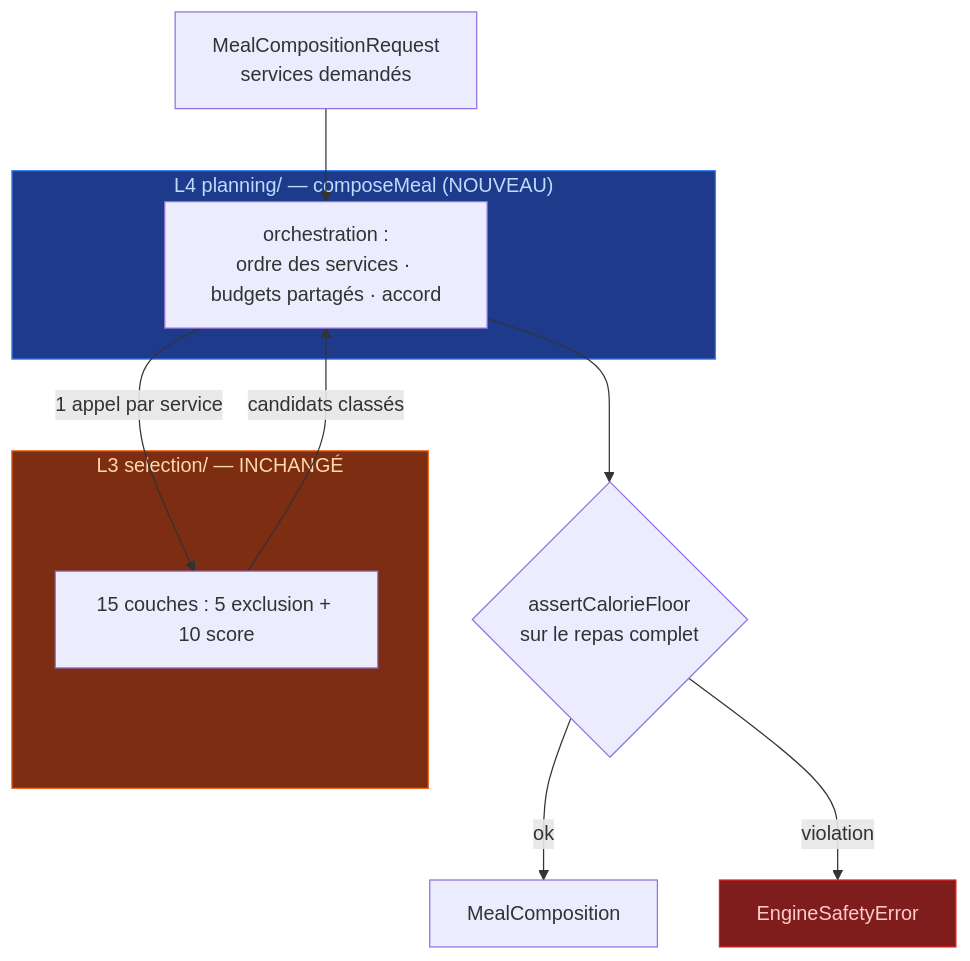
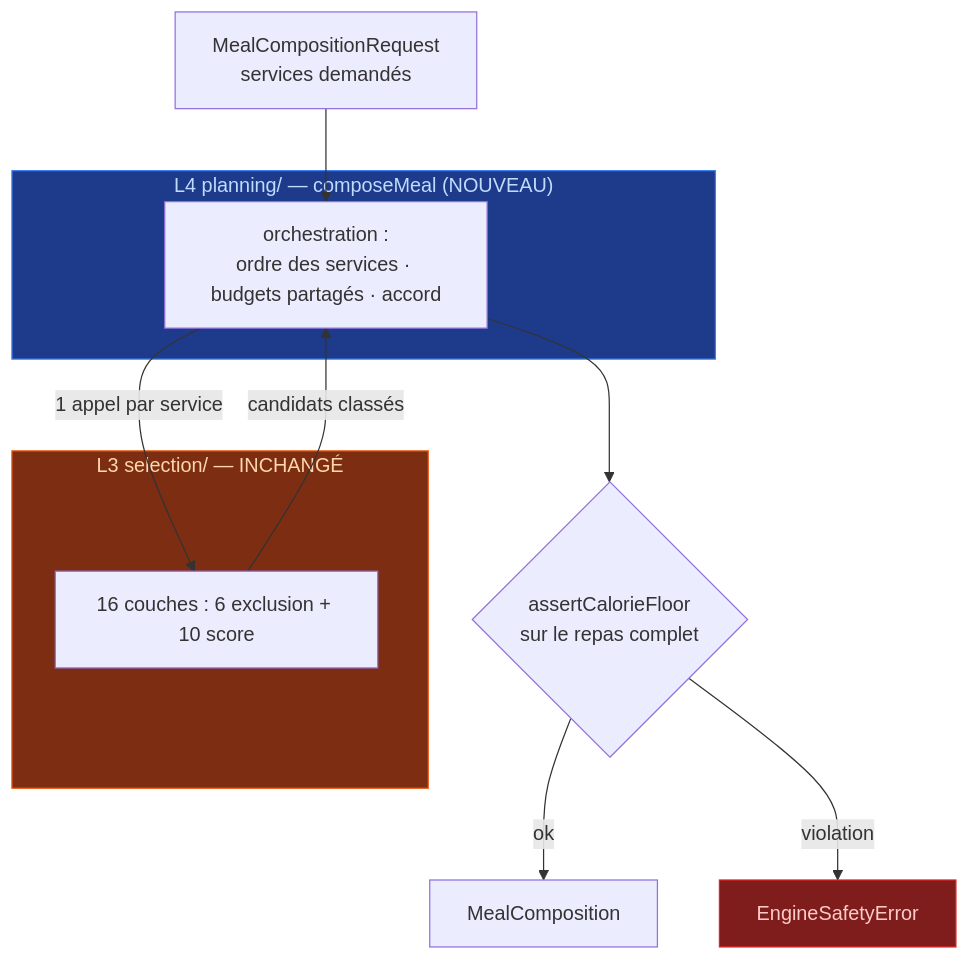
One commit to poubellebellesse-dev/appli_nutrition changed the diagram in docs/CONCEPTION_B_VIN_REPAS.md. Above: the diagram before and after it, drawn with Mermaid. The commit also changed other lines of this file and 4 other files, not shown here.

````diff
--- a/docs/CONCEPTION_B_VIN_REPAS.md
+++ b/docs/CONCEPTION_B_VIN_REPAS.md
@@ -204,23 +205,23 @@
 ```mermaid
 flowchart TB
     REQ["MealCompositionRequest<br/>services demandés"] --> C
 
     subgraph L4["L4 planning/ — composeMeal (NOUVEAU)"]
         C["orchestration :<br/>ordre des services · budgets partagés · accord"]
     end
 
     C -->|1 appel par service| SEL
 
     subgraph L3["L3 selection/ — INCHANGÉ"]
-        SEL["15 couches : 5 exclusion + 10 score"]
+        SEL["16 couches : 6 exclusion + 10 score"]
     end
 
     SEL -->|candidats classés| C
     C --> G{"assertCalorieFloor<br/>sur le repas complet"}
     G -->|ok| OUT["MealComposition"]
     G -->|violation| ERR["EngineSafetyError"]
 
     style L4 fill:#1e3a8a,stroke:#3b82f6,color:#bfdbfe
     style L3 fill:#7c2d12,stroke:#ea580c,color:#fed7aa
     style ERR fill:#7f1d1d,stroke:#dc2626,color:#fecaca
 ```
````
